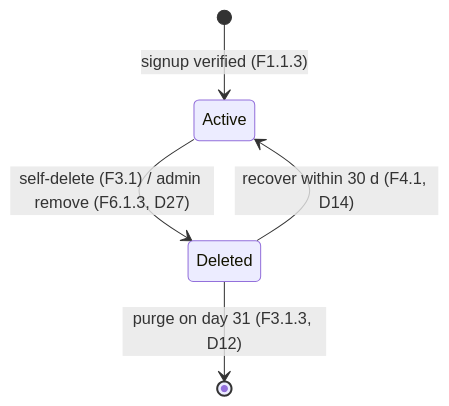
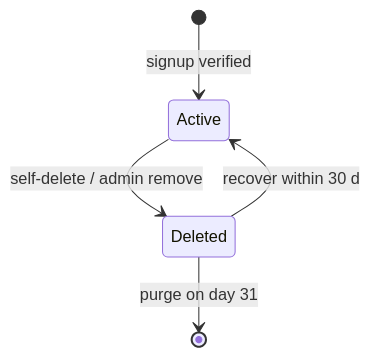
One commit to AY2627S1-CS3219-P23/foc changed the fifth of 9 diagrams in docs/d2-design.md. Above: the diagram before and after it, drawn with Mermaid. The commit also changed other lines of this file and 2 other files, not shown here.

````diff
--- a/docs/d2-design.md
+++ b/docs/d2-design.md
@@ -229,7 +192,7 @@
 ```mermaid
 stateDiagram-v2
-    [*] --> Active: signup verified (F1.1.3)
-    Active --> Deleted: self-delete (F3.1) / admin remove (F6.1.3, D27)
-    Deleted --> Active: recover within 30 d (F4.1, D14)
-    Deleted --> [*]: purge on day 31 (F3.1.3, D12)
+    [*] --> Active: signup verified
+    Active --> Deleted: self-delete / admin remove
+    Deleted --> Active: recover within 30 d
+    Deleted --> [*]: purge on day 31
 ```
````
